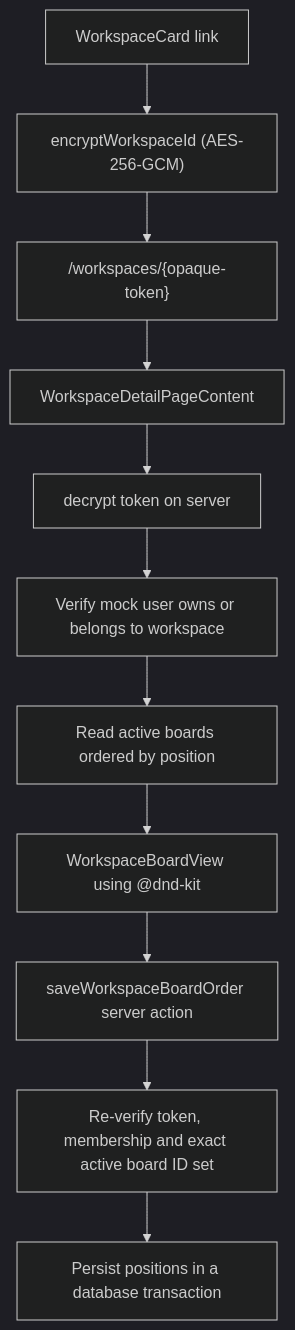
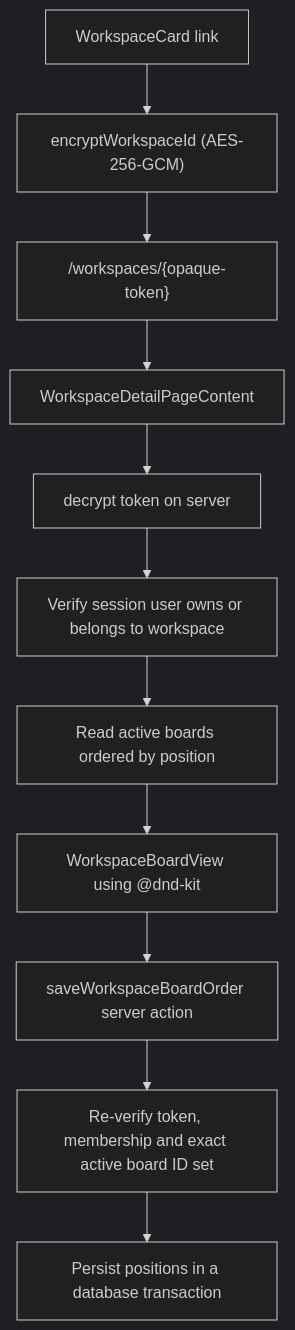
One commit to Thoai1503/TrelloClone changed the second of 2 diagrams in docs/architecture/overview.md. Above: the diagram before and after it, drawn with Mermaid (dark theme). The commit also changed other lines of this file and 29 other files, not shown here.

````diff
--- a/docs/architecture/overview.md
+++ b/docs/architecture/overview.md
@@ -64,13 +74,13 @@
 ```mermaid
 flowchart TD
     Card["WorkspaceCard link"] --> Encrypt["encryptWorkspaceId (AES-256-GCM)"]
     Encrypt --> Url["/workspaces/{opaque-token}"]
     Url --> Detail["WorkspaceDetailPageContent"]
     Detail --> Decrypt["decrypt token on server"]
-    Decrypt --> Access["Verify mock user owns or belongs to workspace"]
+    Decrypt --> Access["Verify session user owns or belongs to workspace"]
     Access --> Boards["Read active boards ordered by position"]
     Boards --> Dnd["WorkspaceBoardView using @dnd-kit"]
     Dnd --> Save["saveWorkspaceBoardOrder server action"]
     Save --> Verify["Re-verify token, membership and exact active board ID set"]
     Verify --> Transaction["Persist positions in a database transaction"]
 ```
````
